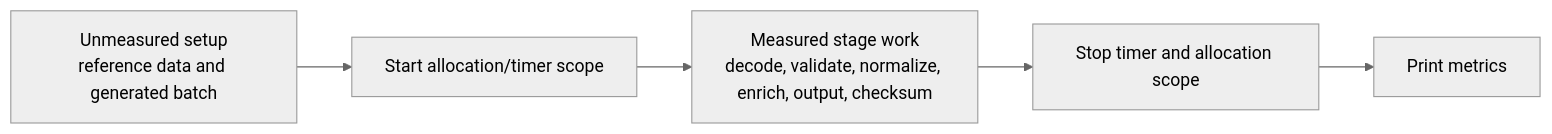
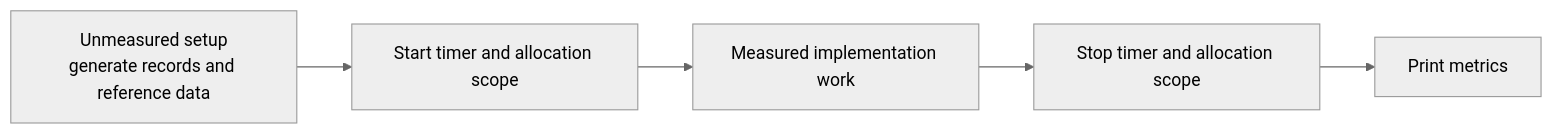
Before and after one commit to sergiorf/throughput-cpp-lab: the fourth of 4 diagrams in docs/software-architecture.md, drawn with Mermaid (neutral theme). The commit also changed other lines of this file and 69 other files, not shown here.

````diff
--- a/docs/software-architecture.md
+++ b/docs/software-architecture.md
@@ -109,10 +68,10 @@
 ```mermaid
 flowchart LR
-    setup[Unmeasured setup<br/>reference data and generated batch]
-    start[Start allocation/timer scope]
-    work[Measured stage work<br/>decode, validate, normalize, enrich, output, checksum]
+    setup[Unmeasured setup<br/>generate records and reference data]
+    start[Start timer and allocation scope]
+    work[Measured implementation work]
     stop[Stop timer and allocation scope]
     report[Print metrics]
 
     setup --> start --> work --> stop --> report
 ```
````
